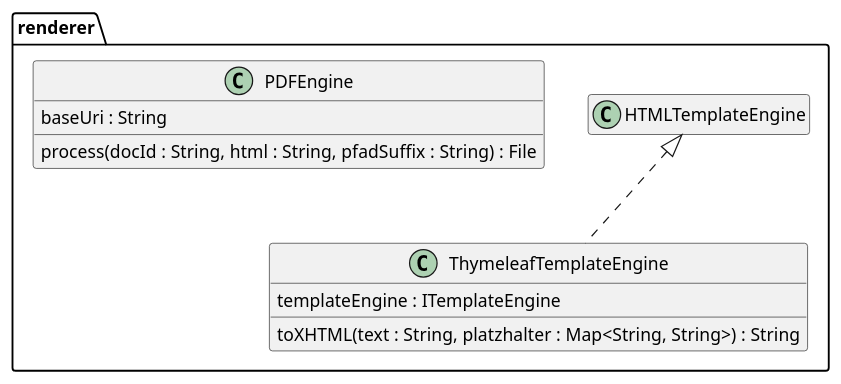
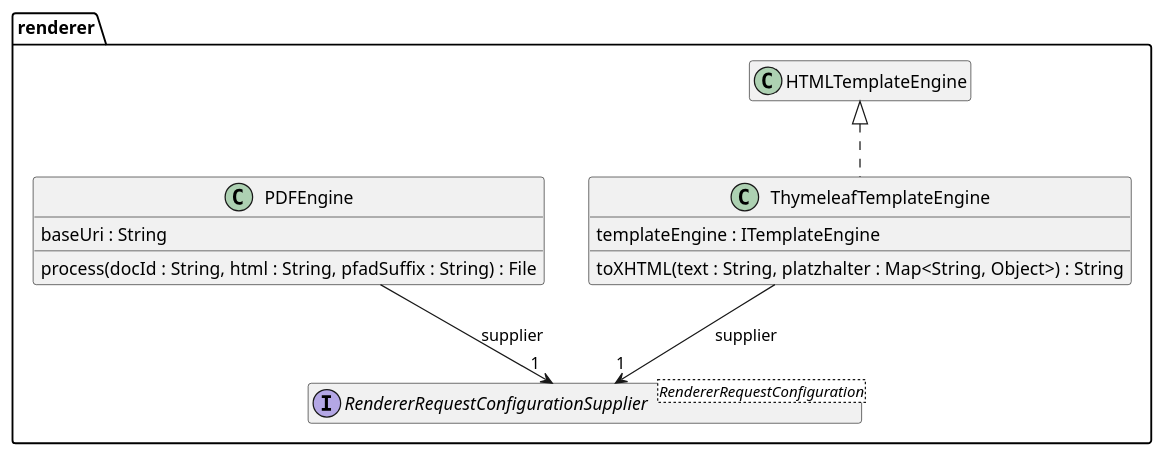
The diagram in src/site/arc42/plantuml/openhtmltopdf/renderer/Ebene3.plantuml (tailoringexpert/platform), drawn with PlantUML before and after one commit. The commit also changed 43 other files, not shown here.

```diff
--- a/src/site/arc42/plantuml/openhtmltopdf/renderer/Ebene3.plantuml
+++ b/src/site/arc42/plantuml/openhtmltopdf/renderer/Ebene3.plantuml
@@ -1,15 +1,23 @@
 @startuml Ebene3.png
 hide empty members
 
 package renderer {
+
+    interface RendererRequestConfigurationSupplier<RendererRequestConfiguration> {
+    }
+
     class ThymeleafTemplateEngine {
         templateEngine : ITemplateEngine
-        toXHTML(text : String, platzhalter :  Map<String, String>) : String
+        toXHTML(text : String, platzhalter :  Map<String, Object>) : String
     }
+    ThymeleafTemplateEngine --> "1" RendererRequestConfigurationSupplier : supplier
     HTMLTemplateEngine <|.. ThymeleafTemplateEngine
+
     class PDFEngine {
         baseUri : String
         process(docId : String, html : String, pfadSuffix : String) :  File
     }
+    PDFEngine --> "1" RendererRequestConfigurationSupplier : supplier
+
 }
 @enduml
```
